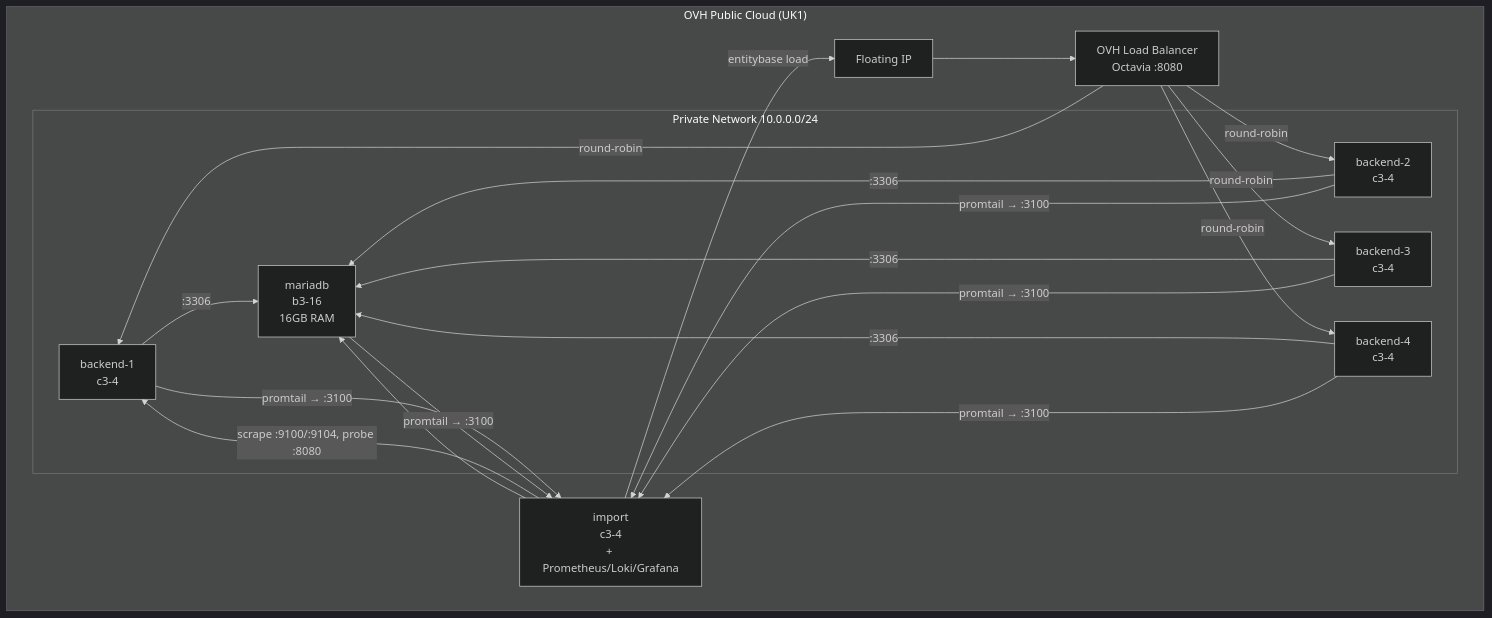
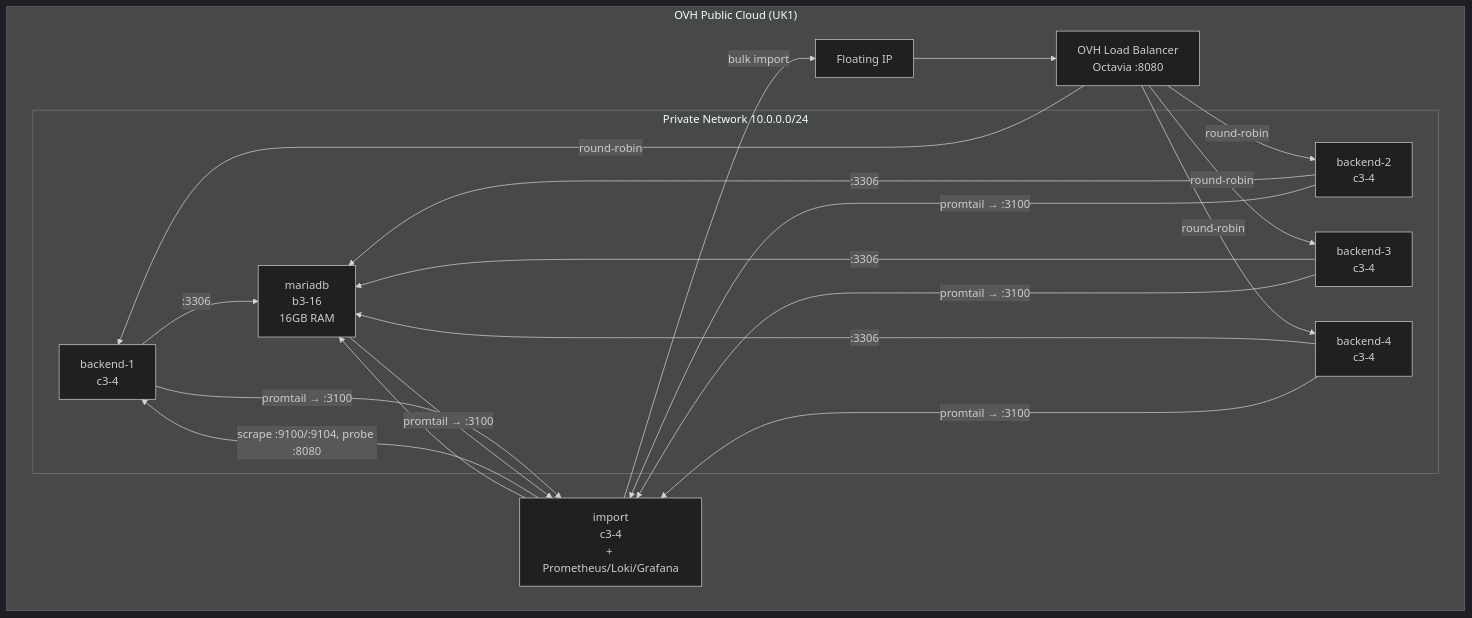
The diagram in README.md (Entitybasedev/entitybase-test), drawn with Mermaid (dark theme) before and after one commit. The commit also changed other lines of this file, not shown here.

Commit message:
Fix README: bulk import wording, note observability stack on import host

````diff
--- a/README.md
+++ b/README.md
@@ -7,30 +7,30 @@
 ```mermaid
 graph TB
     subgraph "OVH Public Cloud (UK1)"
         subgraph "Private Network 10.0.0.0/24"
             B1["backend-1\nc3-4"]
             B2["backend-2\nc3-4"]
             B3["backend-3\nc3-4"]
             B4["backend-4\nc3-4"]
             DB["mariadb\nb3-16\n16GB RAM"]
         end
 
         LB["OVH Load Balancer\nOctavia :8080"]
         FIP["Floating IP"]
         IMP["import\nc3-4\n+ Prometheus/Loki/Grafana"]
     end
 
     FIP --> LB
     LB -->|round-robin| B1
     LB -->|round-robin| B2
     LB -->|round-robin| B3
     LB -->|round-robin| B4
     B1 -->|:3306| DB
     B2 -->|:3306| DB
     B3 -->|:3306| DB
     B4 -->|:3306| DB
-    IMP -->|"entitybase load"| FIP
+    IMP -->|"bulk import"| FIP
     IMP -->|"scrape :9100/:9104, probe :8080"| B1
     IMP --> DB
     B1 & B2 & B3 & B4 & DB -->|"promtail → :3100"| IMP
 ```
````
